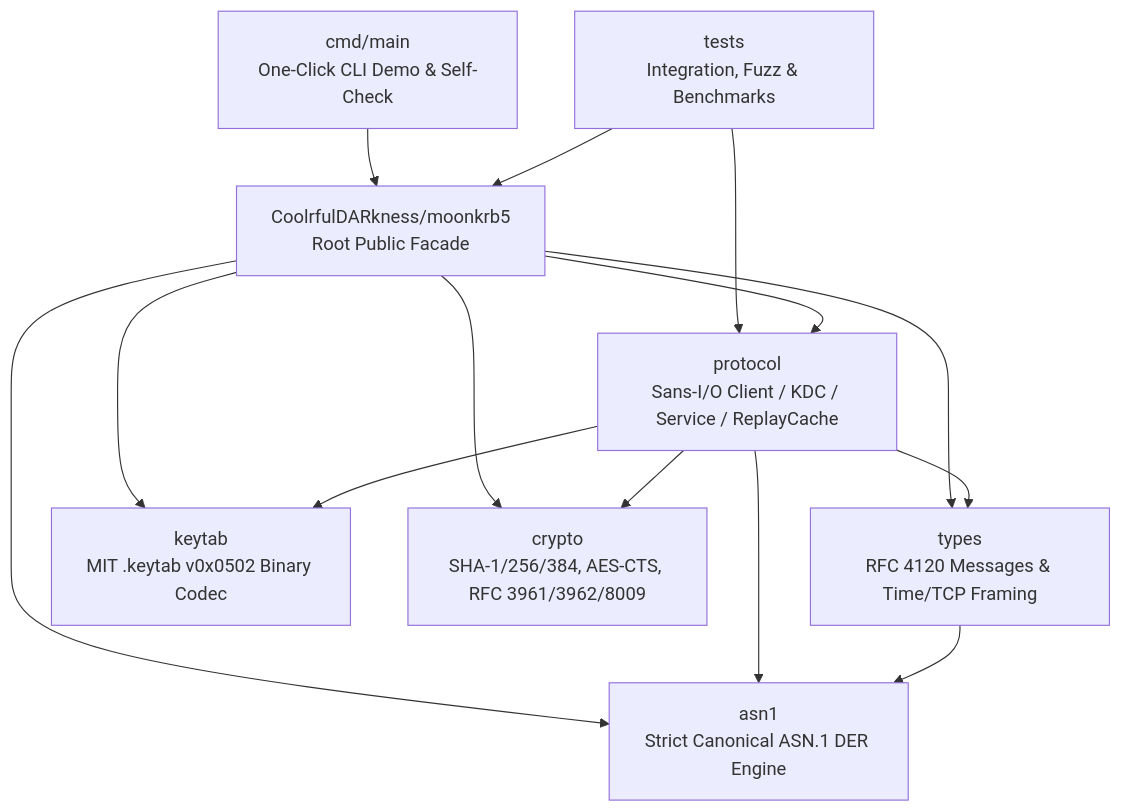
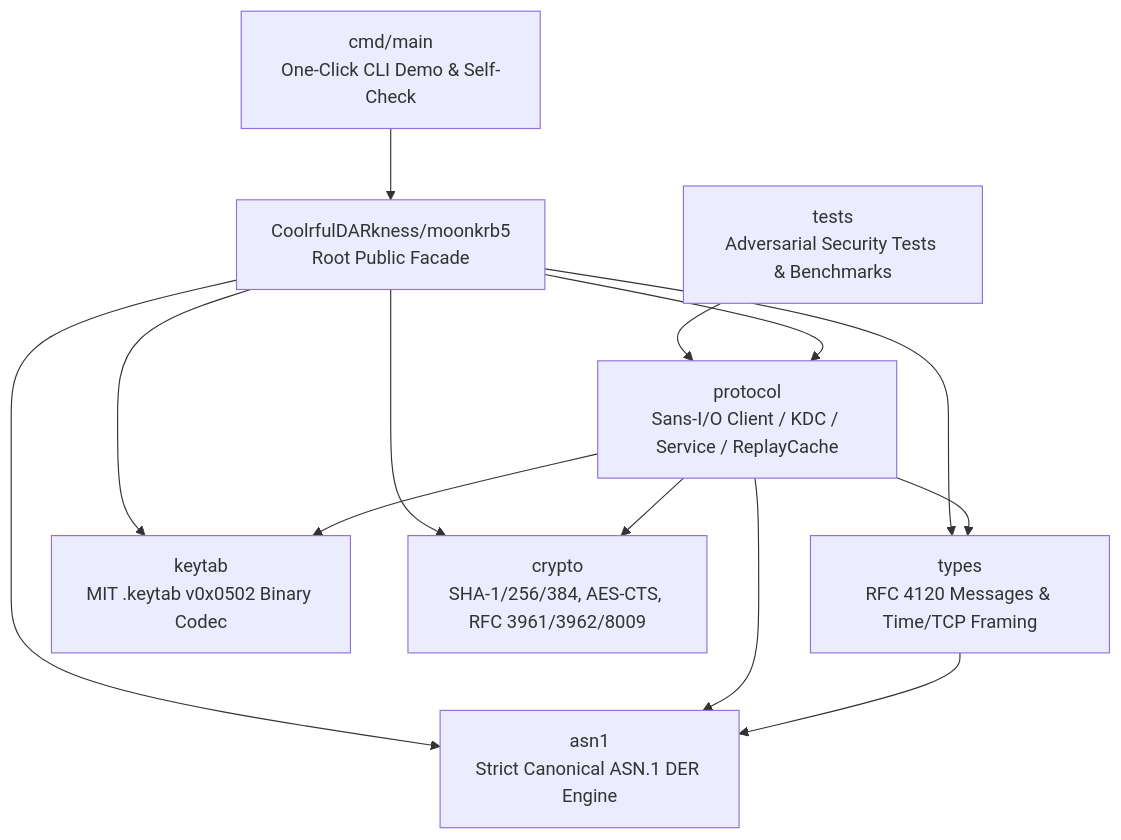
Before and after one commit to CoolrfulDARkness/moonkrb5: the diagram in README.md, drawn with Mermaid. The commit also changed other lines of this file and 16 other files, not shown here.

Commit message:
security(protocol,ci,docs): harden AS/TGS/AP/replay checks, add sec_27..32, polish CI & README

````diff
--- a/README.md
+++ b/README.md
@@ -26,16 +26,15 @@
 ```mermaid
 flowchart TD
   CLI["cmd/main<br/>One-Click CLI Demo & Self-Check"] --> ROOT["CoolrfulDARkness/moonkrb5<br/>Root Public Facade"]
-  TESTS["tests<br/>Integration, Fuzz & Benchmarks"] --> ROOT
-  TESTS --> PROTOCOL
+  TESTS["tests<br/>Adversarial Security Tests & Benchmarks"] --> PROTOCOL
   ROOT --> PROTOCOL["protocol<br/>Sans-I/O Client / KDC / Service / ReplayCache"]
   ROOT --> TYPES["types<br/>RFC 4120 Messages & Time/TCP Framing"]
   ROOT --> KEYTAB["keytab<br/>MIT .keytab v0x0502 Binary Codec"]
   ROOT --> CRYPTO["crypto<br/>SHA-1/256/384, AES-CTS, RFC 3961/3962/8009"]
   ROOT --> ASN1["asn1<br/>Strict Canonical ASN.1 DER Engine"]
   PROTOCOL --> TYPES
   PROTOCOL --> CRYPTO
   PROTOCOL --> KEYTAB
   PROTOCOL --> ASN1
   TYPES --> ASN1
 ```
````
